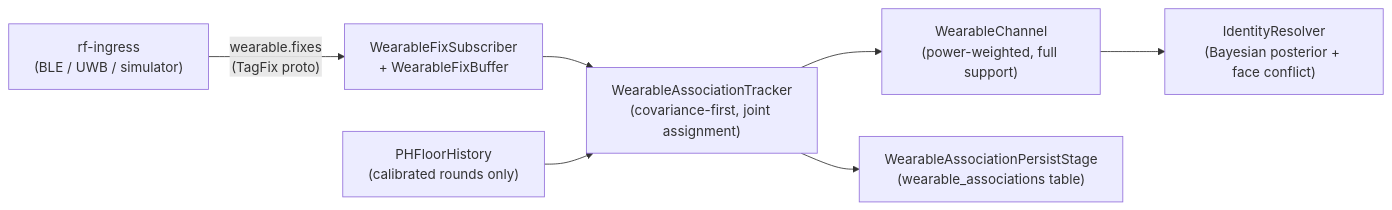
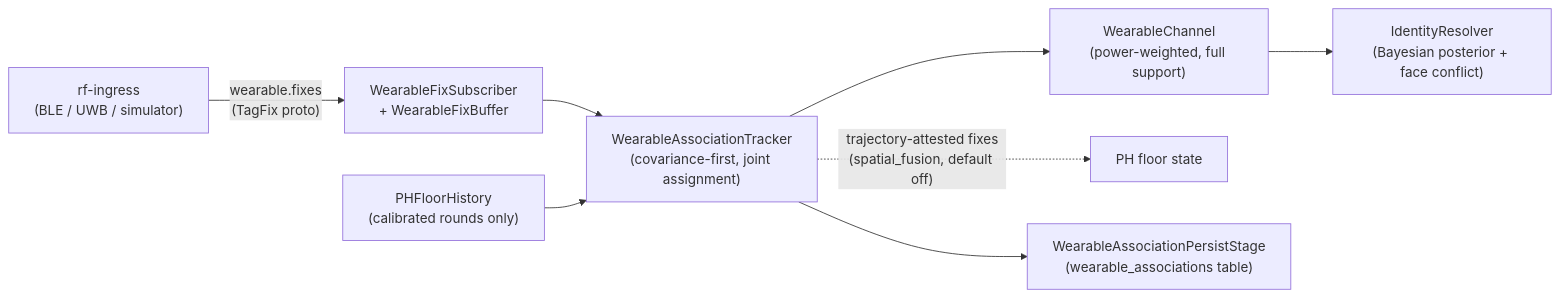
The diagram in docs/features/continuous-tracking/identity-integrity/wearable-evidence.md (SilverMind-Project/SilverMind-Project.github.io), drawn with Mermaid before and after one commit. The commit also changed other lines of this file and 1 other file, not shown here.

First line of the commit message:
docs(wearables): physical devices, segment hold, room ids, and spatial fusion

````diff
--- a/docs/features/continuous-tracking/identity-integrity/wearable-evidence.md
+++ b/docs/features/continuous-tracking/identity-integrity/wearable-evidence.md
@@ -12,9 +12,10 @@
 ```mermaid
 flowchart LR
   rf["rf-ingress\n(BLE / UWB / simulator)"] -->|"wearable.fixes\n(TagFix proto)"| sub["WearableFixSubscriber\n+ WearableFixBuffer"]
   sub --> assoc["WearableAssociationTracker\n(covariance-first, joint assignment)"]
   hist["PHFloorHistory\n(calibrated rounds only)"] --> assoc
   assoc --> ch["WearableChannel\n(power-weighted, full support)"]
+  assoc -.->|"trajectory-attested fixes\n(spatial_fusion, default off)"| ph["PH floor state"]
   ch --> res["IdentityResolver\n(Bayesian posterior + face conflict)"]
   assoc --> persist["WearableAssociationPersistStage\n(wearable_associations table)"]
 ```
````
